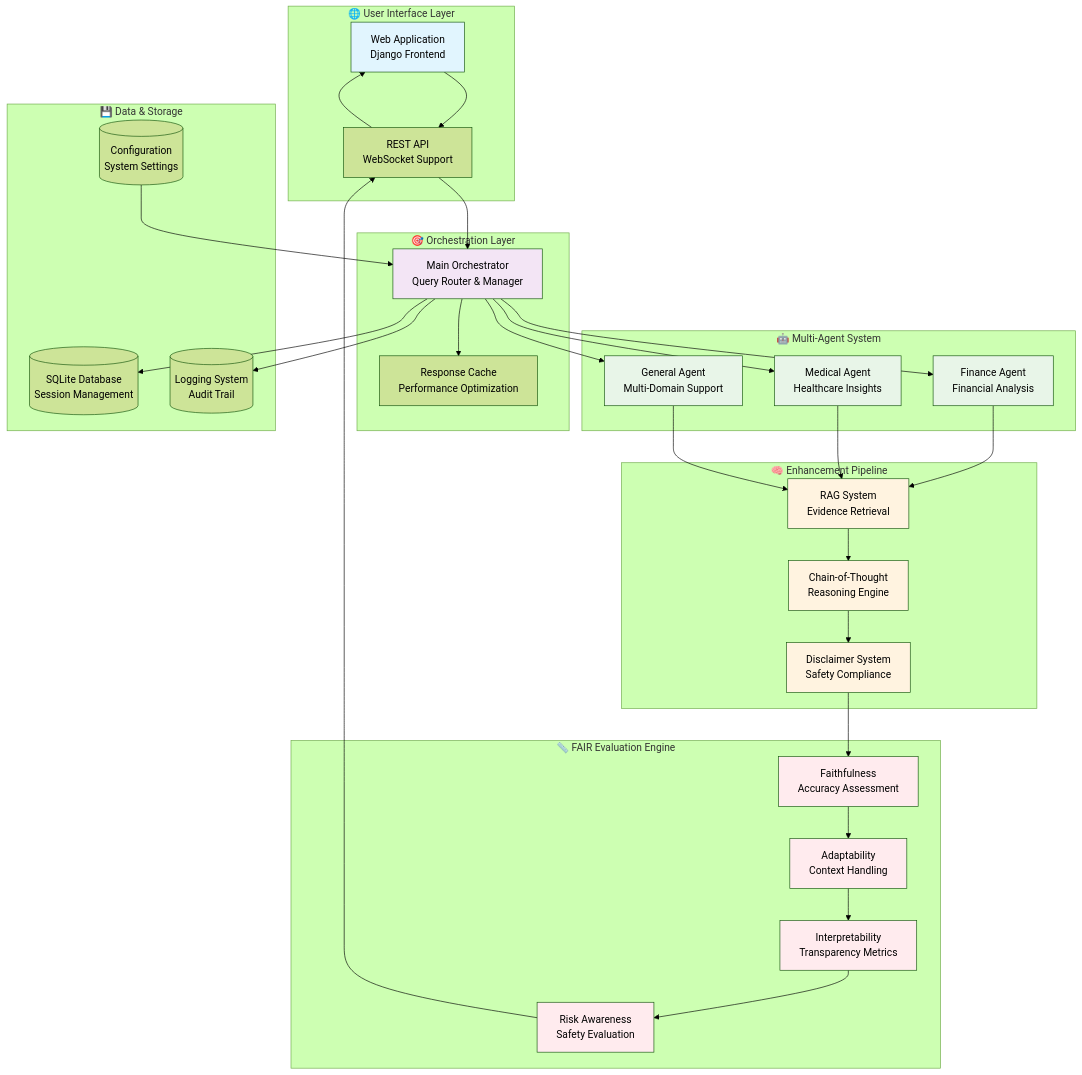
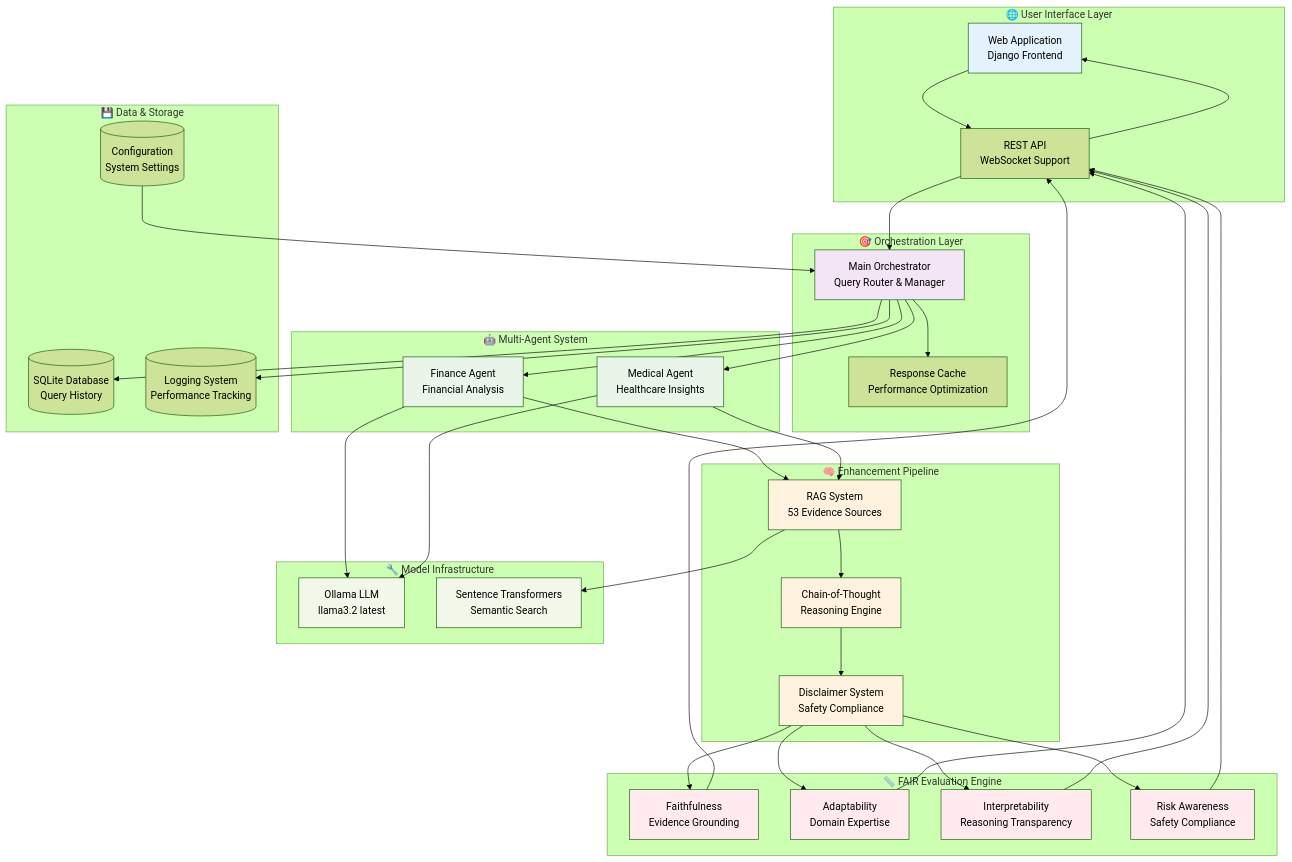
The first of 6 diagrams in README.md (somesh-ghaturle/Fair-Agent), drawn with Mermaid (forest theme) before and after one commit. The commit also changed other lines of this file, not shown here.

````diff
--- a/README.md
+++ b/README.md
@@ -169,26 +169,30 @@
     subgraph "🤖 Multi-Agent System"
         FA[Finance Agent<br/>Financial Analysis]
         MA[Medical Agent<br/>Healthcare Insights]
-        GA[General Agent<br/>Multi-Domain Support]
     end
     
     subgraph "🧠 Enhancement Pipeline"
-        RAG[RAG System<br/>Evidence Retrieval]
+        RAG[RAG System<br/>53 Evidence Sources]
         COT[Chain-of-Thought<br/>Reasoning Engine]
         DISC[Disclaimer System<br/>Safety Compliance]
     end
     
     subgraph "📏 FAIR Evaluation Engine"
-        FAITH[Faithfulness<br/>Accuracy Assessment]
-        ADAPT[Adaptability<br/>Context Handling]
-        INTERP[Interpretability<br/>Transparency Metrics]
-        RISK[Risk Awareness<br/>Safety Evaluation]
+        FAITH[Faithfulness<br/>Evidence Grounding]
+        ADAPT[Adaptability<br/>Domain Expertise]
+        INTERP[Interpretability<br/>Reasoning Transparency]
+        RISK[Risk Awareness<br/>Safety Compliance]
     end
     
     subgraph "💾 Data & Storage"
-        DB[(SQLite Database<br/>Session Management)]
-        LOGS[(Logging System<br/>Audit Trail)]
+        DB[(SQLite Database<br/>Query History)]
+        LOGS[(Logging System<br/>Performance Tracking)]
         CONFIG[(Configuration<br/>System Settings)]
+    end
+    
+    subgraph "🔧 Model Infrastructure"
+        LLM[Ollama LLM<br/>llama3.2 latest]
+        EMBED[Sentence Transformers<br/>Semantic Search]
     end
     
     UI --> API
@@ -196,32 +200,37 @@
     ORCH --> CACHE
     ORCH --> FA
     ORCH --> MA
-    ORCH --> GA
     
     FA --> RAG
     MA --> RAG
-    GA --> RAG
     
+    RAG --> EMBED
     RAG --> COT
     COT --> DISC
     
+    FA --> LLM
+    MA --> LLM
+    
     DISC --> FAITH
-    FAITH --> ADAPT
-    ADAPT --> INTERP
-    INTERP --> RISK
+    DISC --> ADAPT  
+    DISC --> INTERP
+    DISC --> RISK
+    
+    FAITH --> API
+    ADAPT --> API
+    INTERP --> API
+    RISK --> API
     
     ORCH --> DB
     ORCH --> LOGS
     CONFIG --> ORCH
     
-    RISK --> API
     API --> UI
     
-    style UI fill:#e1f5fe
+    style UI fill:#e3f2fd
     style ORCH fill:#f3e5f5
     style FA fill:#e8f5e8
     style MA fill:#e8f5e8
-    style GA fill:#e8f5e8
     style RAG fill:#fff3e0
     style COT fill:#fff3e0
     style DISC fill:#fff3e0
@@ -229,4 +238,6 @@
     style ADAPT fill:#ffebee
     style INTERP fill:#ffebee
     style RISK fill:#ffebee
+    style LLM fill:#f1f8e9
+    style EMBED fill:#f1f8e9
 ```
````
